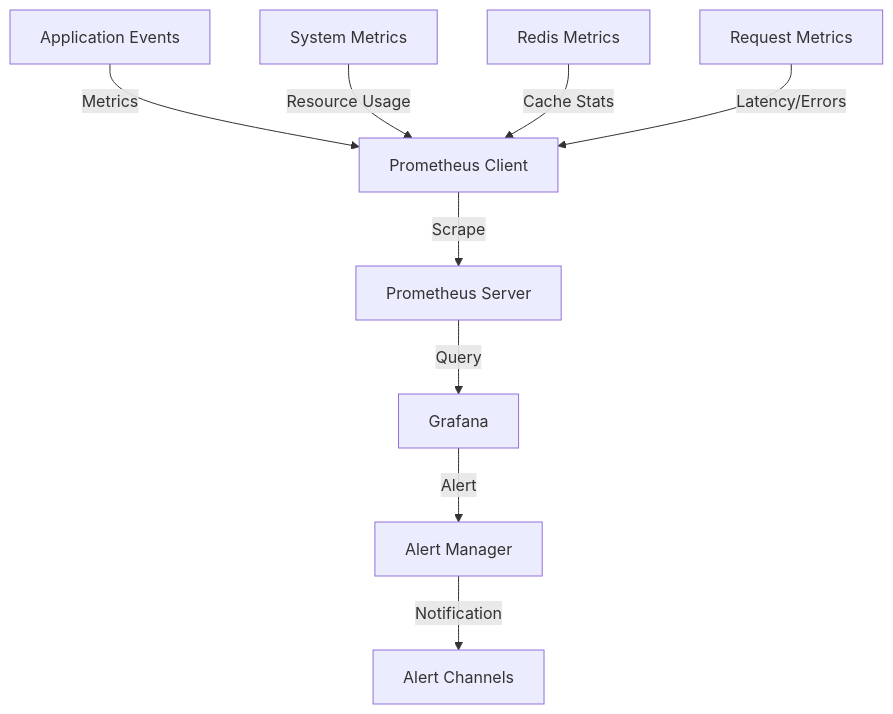
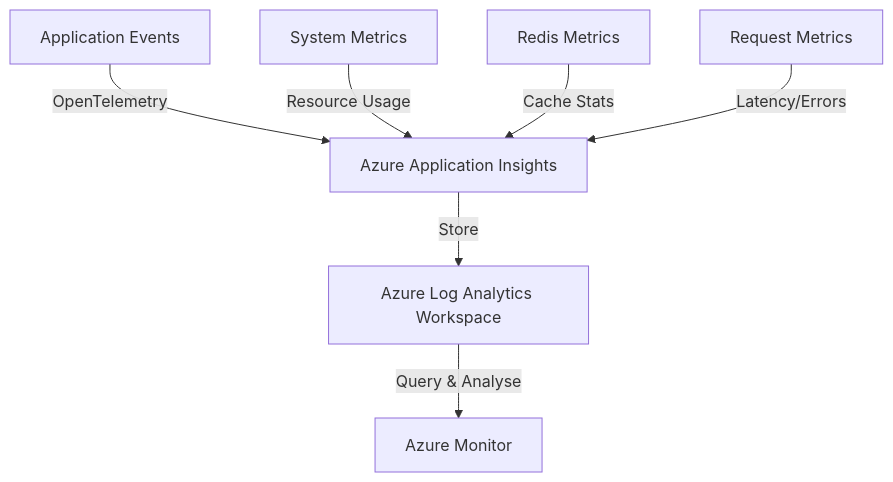
The third of 11 diagrams in docs/data_flow.md (UCLH-Digital-Innovation-Hub/Xhuma), drawn with Mermaid before and after one commit. The commit also changed other lines of this file and 8 other files, not shown here.

Commit message:
docs: reconcile deployment and assurance architecture

````diff
--- a/docs/data_flow.md
+++ b/docs/data_flow.md
@@ -33,12 +33,10 @@
 ```mermaid
 flowchart TD
-    A[Application Events] -->|Metrics| B[Prometheus Client]
-    B -->|Scrape| C[Prometheus Server]
-    C -->|Query| D[Grafana]
-    D -->|Alert| E[Alert Manager]
-    E -->|Notification| F[Alert Channels]
+    A[Application Events] -->|OpenTelemetry| B[Azure Application Insights]
+    B -->|Store| C[Azure Log Analytics Workspace]
+    C -->|Query & Analyse| D[Azure Monitor]
 
     G[System Metrics] -->|Resource Usage| B
     H[Redis Metrics] -->|Cache Stats| B
     I[Request Metrics] -->|Latency/Errors| B
 ```
````
